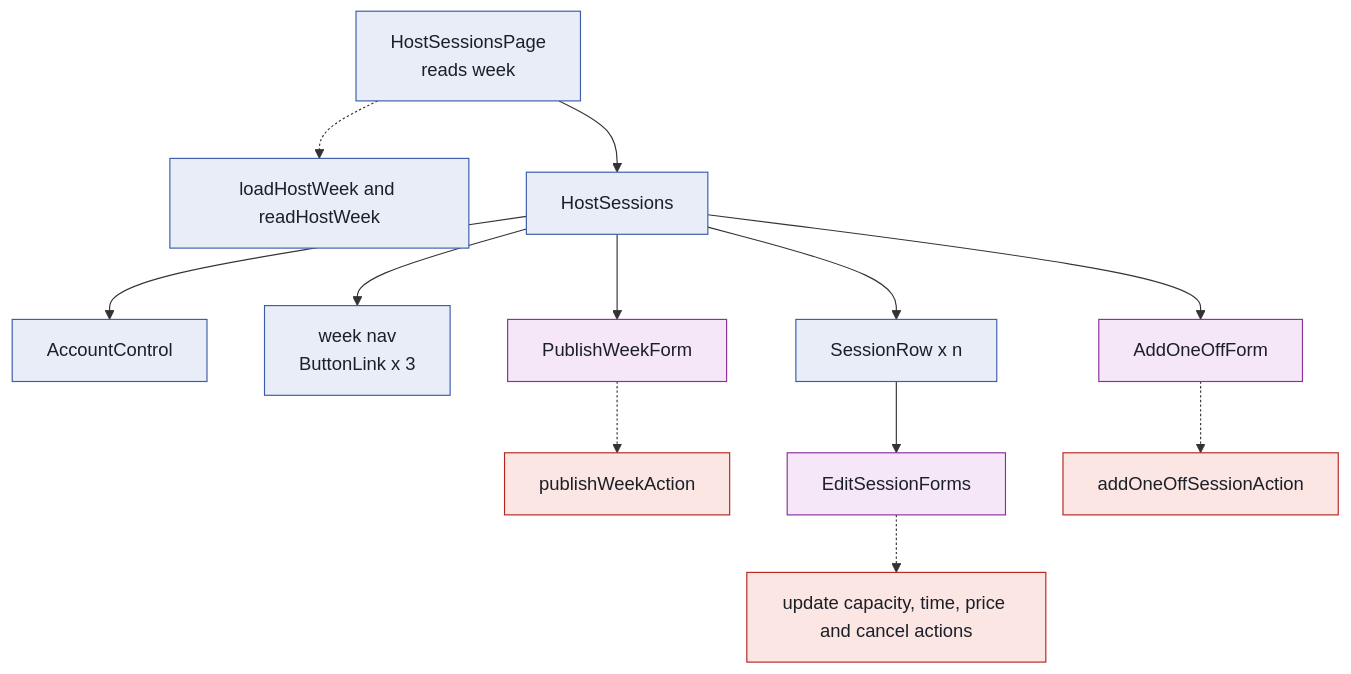
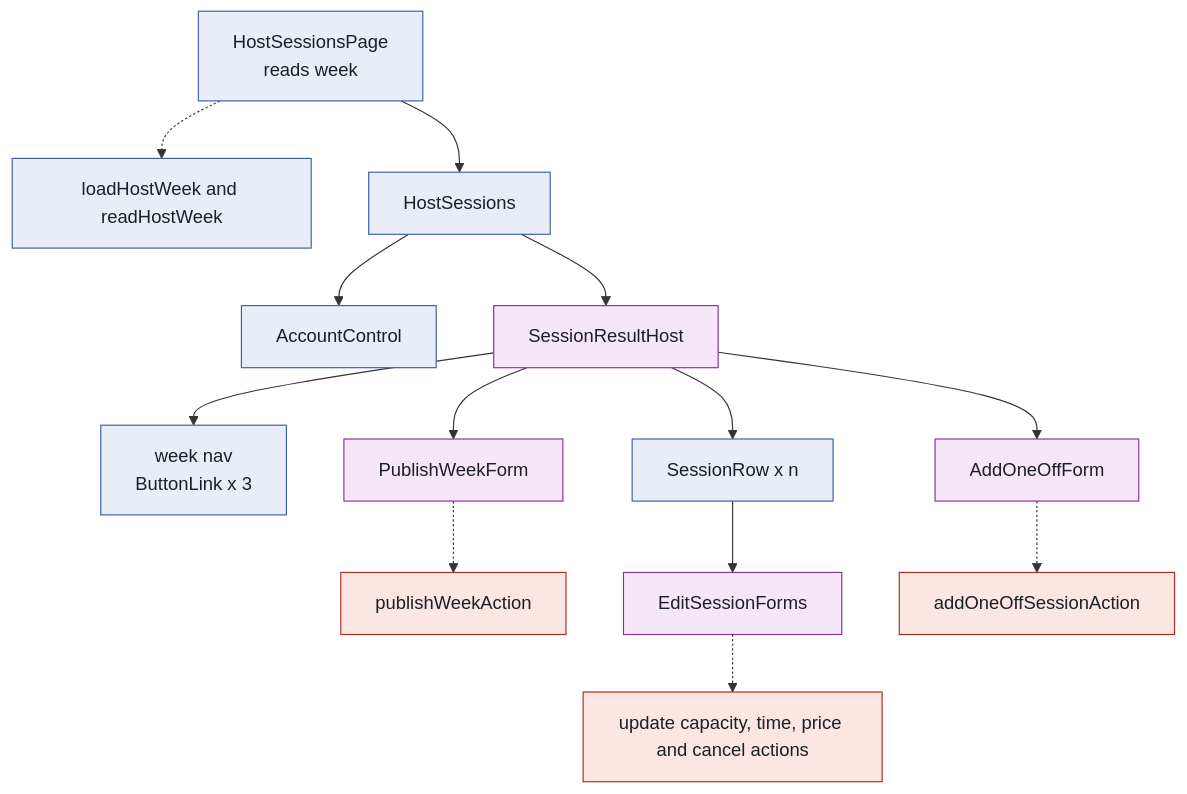
Before and after one commit to defaultdave/ramble: the second of 8 diagrams in src/app/(host)/README.md, drawn with Mermaid. The commit also changed other lines of this file and 14 other files, not shown here.

````diff
--- a/src/app/(host)/README.md
+++ b/src/app/(host)/README.md
@@ -93,31 +93,33 @@
 ```mermaid
 flowchart TD
     SP["HostSessionsPage<br/>reads week"]:::server
     LW["loadHostWeek and readHostWeek"]:::server
     HS["HostSessions"]:::server
     AC["AccountControl"]:::server
+    SRH["SessionResultHost"]:::client
     WN["week nav<br/>ButtonLink x 3"]:::server
     PWF["PublishWeekForm"]:::client
     PWA["publishWeekAction"]:::action
     SR["SessionRow x n"]:::server
     ESF["EditSessionForms"]:::client
     EA["update capacity, time, price and cancel actions"]:::action
     AOF["AddOneOffForm"]:::client
     AOA["addOneOffSessionAction"]:::action
     SP -.-> LW
     SP --> HS
     HS --> AC
-    HS --> WN
-    HS --> PWF
+    HS --> SRH
+    SRH --> WN
+    SRH --> PWF
     PWF -.-> PWA
-    HS --> SR
+    SRH --> SR
     SR --> ESF
     ESF -.-> EA
-    HS --> AOF
+    SRH --> AOF
     AOF -.-> AOA
     classDef server fill:#e8edf8,stroke:#3b5bab,color:#1b1f27
     classDef cached fill:#e2f3f0,stroke:#0f7a6c,color:#1b1f27
     classDef streamed fill:#fbefdc,stroke:#a3610a,color:#1b1f27
     classDef client fill:#f5e6f8,stroke:#8a2f9c,color:#1b1f27
     classDef action fill:#fbe6e4,stroke:#b3261e,color:#1b1f27
 ```
````
